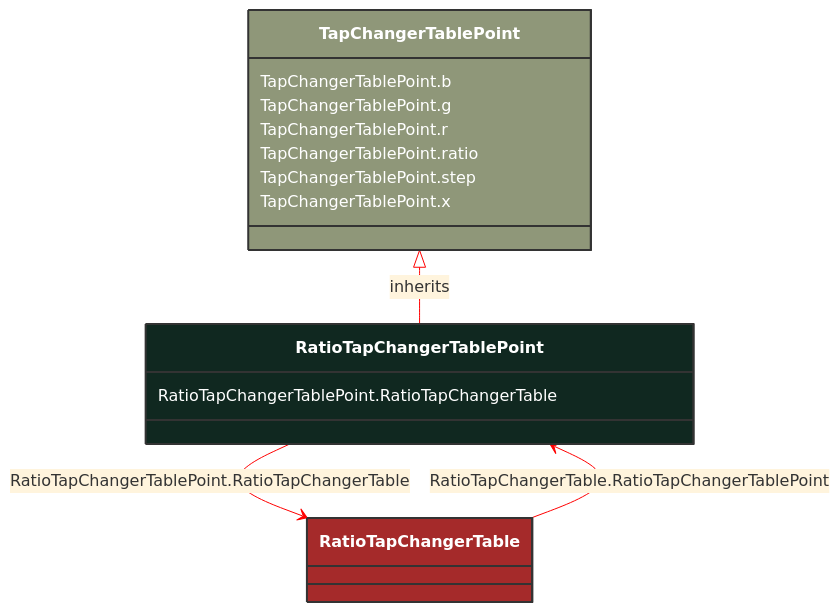
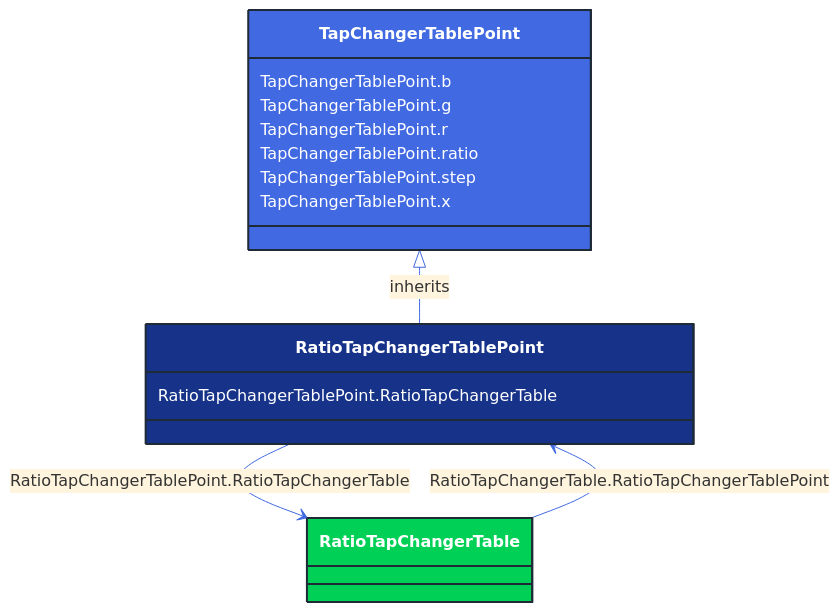
Before and after one commit to 3lbits/NoCIMExtensions: the diagram in docs/Models/Profiles/CoreEquipment/ConcreteClasses/RatioTapChangerTablePoint.md, drawn with Mermaid. The commit also changed 362 other files, not shown here.

First line of the commit message:
Update diagrams and styles for improved visual consistency

````diff
--- a/docs/Models/Profiles/CoreEquipment/ConcreteClasses/RatioTapChangerTablePoint.md
+++ b/docs/Models/Profiles/CoreEquipment/ConcreteClasses/RatioTapChangerTablePoint.md
@@ -8,32 +8,32 @@
 ```mermaid
-%%{init: {'theme':'base','themeVariables': {'lineColor': '#FF0000'}}}%%
+%%{init: {'theme':'base','themeVariables': {'lineColor': '#4169E1'}}}%%
 classDiagram
     class RatioTapChangerTablePoint
     click RatioTapChangerTablePoint href "/Models/Profiles/CoreEquipment/ConcreteClasses/RatioTapChangerTablePoint/"
-    style RatioTapChangerTablePoint fill:#102820,stroke:#333,stroke-width:2px,rx:10,ry:10,color:white
+    style RatioTapChangerTablePoint fill:#163289,stroke:#1F2A37,stroke-width:2px,rx:10,ry:10,color:white
      
         TapChangerTablePoint <|-- RatioTapChangerTablePoint : inherits
             click TapChangerTablePoint href "/Models/Profiles/CoreEquipment/AbstractClasses/TapChangerTablePoint/"
-            style TapChangerTablePoint fill:#8F9779,stroke:#333,stroke-width:2px,rx:10,ry:10,color:white
+            style TapChangerTablePoint fill:#4169E1,stroke:#1F2A37,stroke-width:2px,rx:10,ry:10,color:white
 
         RatioTapChangerTablePoint --> RatioTapChangerTable : RatioTapChangerTablePoint.RatioTapChangerTable
 
         RatioTapChangerTable
             click RatioTapChangerTable href "/Models/Profiles/CoreEquipment/ConcreteClasses/RatioTapChangerTable/"
-            style RatioTapChangerTable fill:#A52A2A,stroke:#333,stroke-width:2px,rx:10,ry:10,color:white
+            style RatioTapChangerTable fill:#00D156,stroke:#1F2A37,stroke-width:2px,rx:10,ry:10,color:white
 
         RatioTapChangerTable --> RatioTapChangerTablePoint : RatioTapChangerTable.RatioTapChangerTablePoint
 
         RatioTapChangerTable
             click RatioTapChangerTable href "/Models/Profiles/CoreEquipment/ConcreteClasses/RatioTapChangerTable/"
-            style RatioTapChangerTable fill:#A52A2A,stroke:#333,stroke-width:2px,rx:10,ry:10,color:white
+            style RatioTapChangerTable fill:#00D156,stroke:#1F2A37,stroke-width:2px,rx:10,ry:10,color:white
 
 
         RatioTapChangerTablePoint : RatioTapChangerTablePoint.RatioTapChangerTable
         TapChangerTablePoint : TapChangerTablePoint.b
         TapChangerTablePoint : TapChangerTablePoint.g
         TapChangerTablePoint : TapChangerTablePoint.r
         TapChangerTablePoint : TapChangerTablePoint.ratio
         TapChangerTablePoint : TapChangerTablePoint.step
         TapChangerTablePoint : TapChangerTablePoint.x
 ```
````
